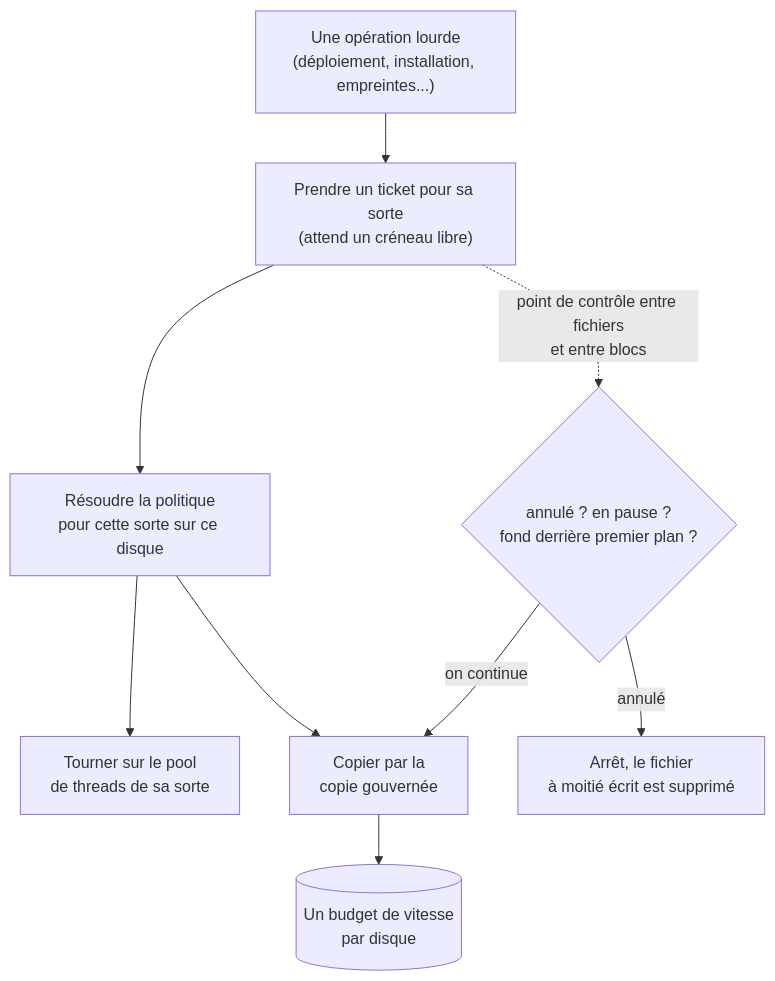
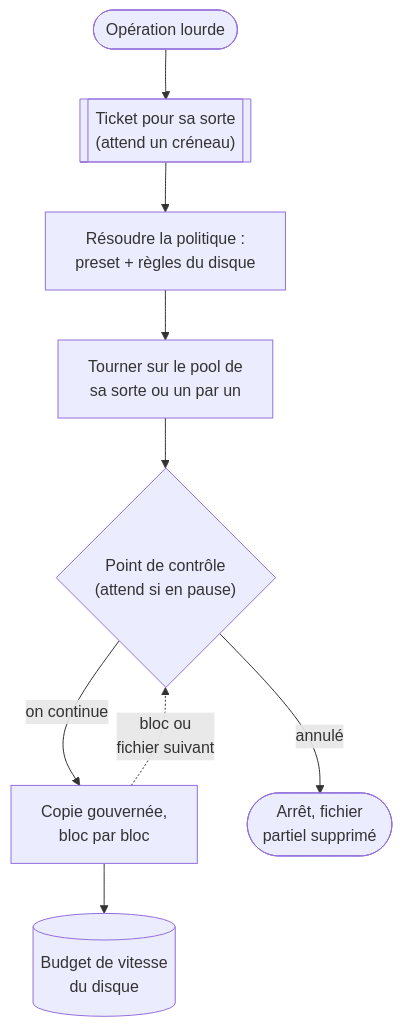
The first of 7 diagrams in frontend/assets/docs/fr/how-it-works/resources.md (FreeProject089/BetterModsManager), drawn with Mermaid before and after one commit. The commit also changed other lines of this file and 176 other files, not shown here.

````diff
--- a/frontend/assets/docs/fr/how-it-works/resources.md
+++ b/frontend/assets/docs/fr/how-it-works/resources.md
@@ -24,11 +24,11 @@
 ```mermaid
-flowchart TB
-    OP["Une opération lourde<br/>(déploiement, installation, empreintes...)"] --> T["Prendre un ticket pour sa sorte<br/>(attend un créneau libre)"]
-    T --> P["Résoudre la politique<br/>pour cette sorte sur ce disque"]
-    P --> POOL["Tourner sur le pool<br/>de threads de sa sorte"]
-    P --> COPY["Copier par la<br/>copie gouvernée"]
-    COPY --> BUCKET[("Un budget de vitesse<br/>par disque")]
-    T -. "point de contrôle entre fichiers<br/>et entre blocs" .-> CP{"annulé ? en pause ?<br/>fond derrière premier plan ?"}
-    CP -- "on continue" --> COPY
-    CP -- "annulé" --> STOP["Arrêt, le fichier<br/>à moitié écrit est supprimé"]
+flowchart TD
+    OP(["Opération lourde"]) --> T[["Ticket pour sa sorte<br/>(attend un créneau)"]]
+    T --> P["Résoudre la politique :<br/>preset + règles du disque"]
+    P --> RUN["Tourner sur le pool de<br/>sa sorte ou un par un"]
+    RUN --> CP{"Point de contrôle<br/>(attend si en pause)"}
+    CP -- "on continue" --> COPY["Copie gouvernée,<br/>bloc par bloc"]
+    CP -- "annulé" --> STOP(["Arrêt, fichier<br/>partiel supprimé"])
+    COPY --> BUCKET[("Budget de vitesse<br/>du disque")]
+    COPY -. "bloc ou<br/>fichier suivant" .-> CP
 ```
````
